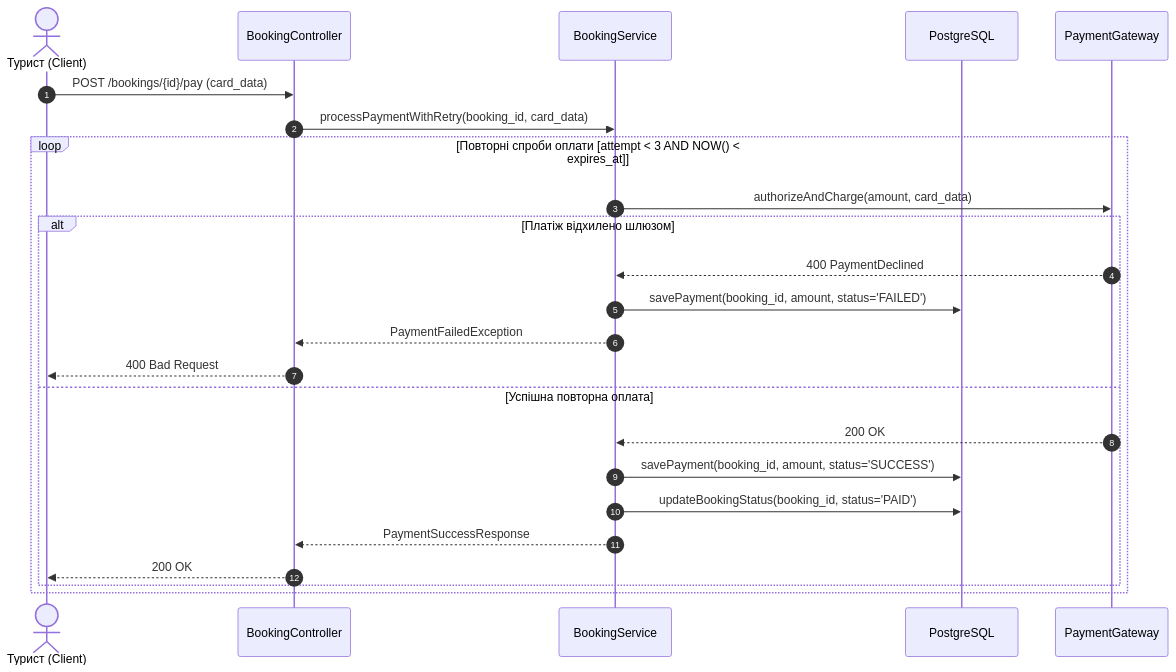
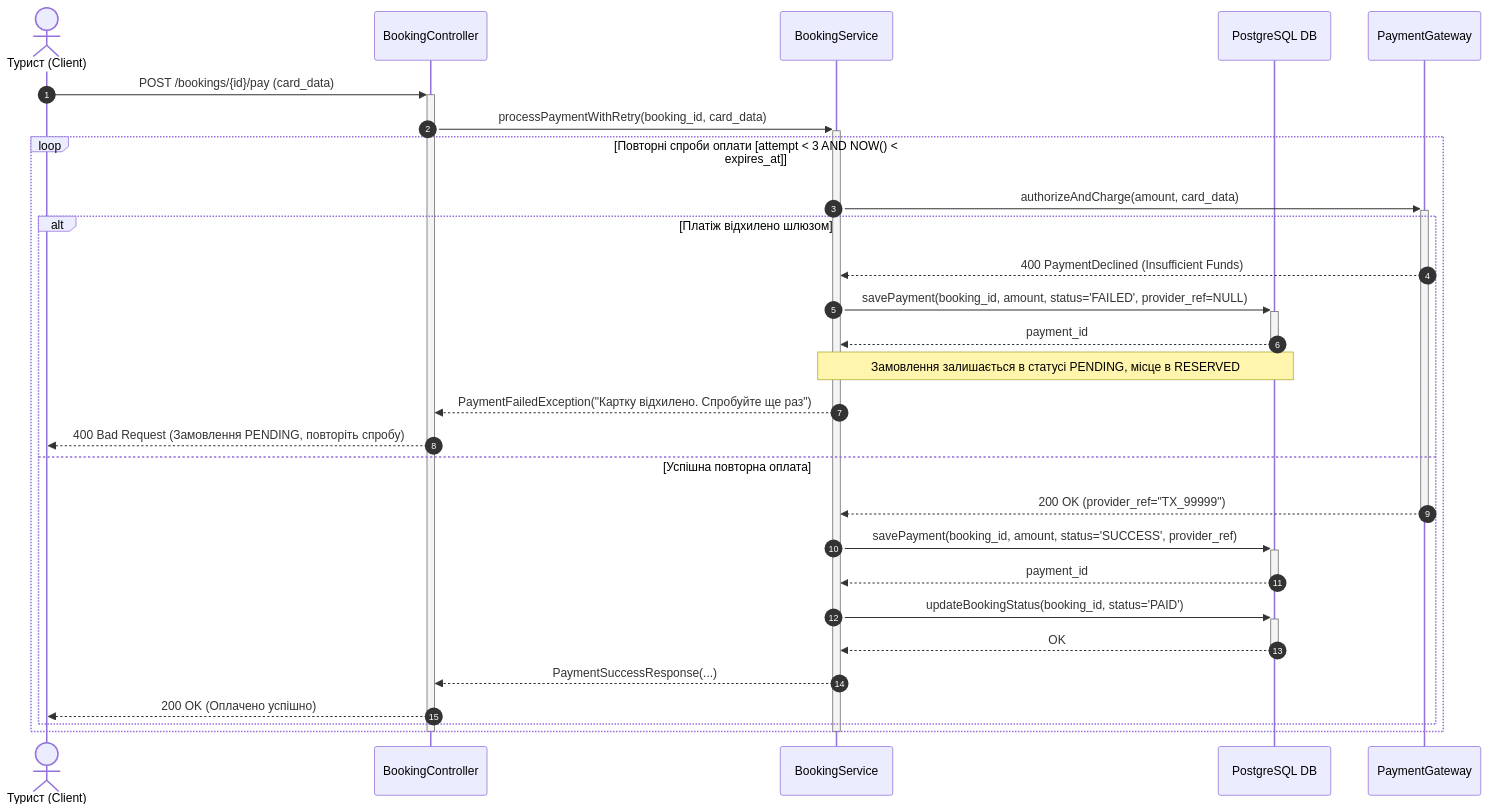
The fifth of 6 diagrams in README.md (MVlance/kpi2_laba), drawn with Mermaid before and after one commit. The commit also changed other lines of this file, not shown here.

Commit message:
refactor(sequence-diagrams): add activations and deactivations, return signals and async notification par block

````diff
--- a/README.md
+++ b/README.md
@@ -245,28 +259,35 @@
 ```mermaid
 sequenceDiagram
     autonumber
     actor Tourist as Турист (Client)
     participant API as BookingController
     participant Service as BookingService
-    participant DB as PostgreSQL
+    participant DB as PostgreSQL DB
     participant PG as PaymentGateway
 
-    Tourist->>API: POST /bookings/{id}/pay (card_data)
-    API->>Service: processPaymentWithRetry(booking_id, card_data)
+    Tourist->>+API: POST /bookings/{id}/pay (card_data)
+    API->>+Service: processPaymentWithRetry(booking_id, card_data)
 
     loop Повторні спроби оплати [attempt < 3 AND NOW() < expires_at]
-        Service->>PG: authorizeAndCharge(amount, card_data)
+        Service->>+PG: authorizeAndCharge(amount, card_data)
         alt Платіж відхилено шлюзом
-            PG-->>Service: 400 PaymentDeclined
-            Service->>DB: savePayment(booking_id, amount, status='FAILED')
-            Service-->>API: PaymentFailedException
-            API-->>Tourist: 400 Bad Request
+            PG-->>Service: 400 PaymentDeclined (Insufficient Funds)
+            Service->>+DB: savePayment(booking_id, amount, status='FAILED', provider_ref=NULL)
+            DB-->>-Service: payment_id
+            
+            Note over Service,DB: Замовлення залишається в статусі PENDING, місце в RESERVED
+            Service-->>API: PaymentFailedException("Картку відхилено. Спробуйте ще раз")
+            API-->>Tourist: 400 Bad Request (Замовлення PENDING, повторіть спробу)
         else Успішна повторна оплата
-            PG-->>Service: 200 OK
-            Service->>DB: savePayment(booking_id, amount, status='SUCCESS')
-            Service->>DB: updateBookingStatus(booking_id, status='PAID')
-            Service-->>API: PaymentSuccessResponse
-            API-->>Tourist: 200 OK
+            PG-->>-Service: 200 OK (provider_ref="TX_99999")
+            Service->>+DB: savePayment(booking_id, amount, status='SUCCESS', provider_ref)
+            DB-->>-Service: payment_id
+            Service->>+DB: updateBookingStatus(booking_id, status='PAID')
+            DB-->>-Service: OK
+            Service-->>API: PaymentSuccessResponse(...)
+            API-->>Tourist: 200 OK (Оплачено успішно)
         end
     end
+    deactivate Service
+    deactivate API
 ```
````
